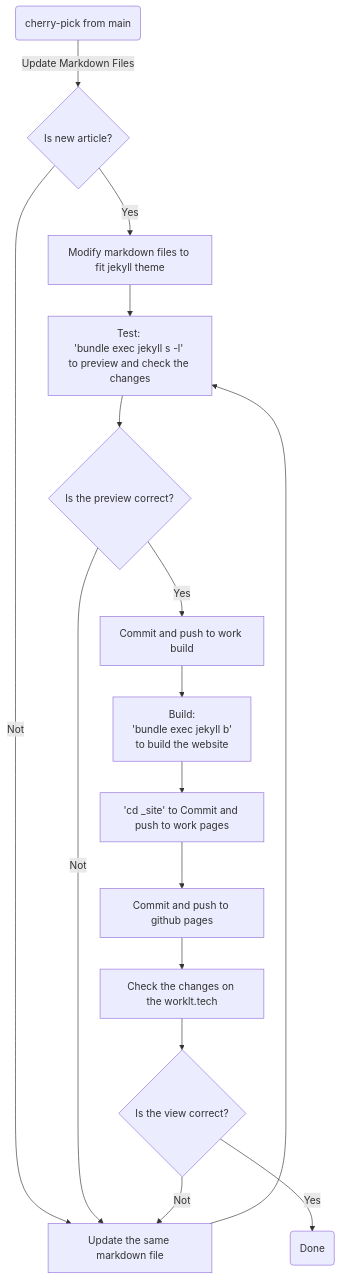
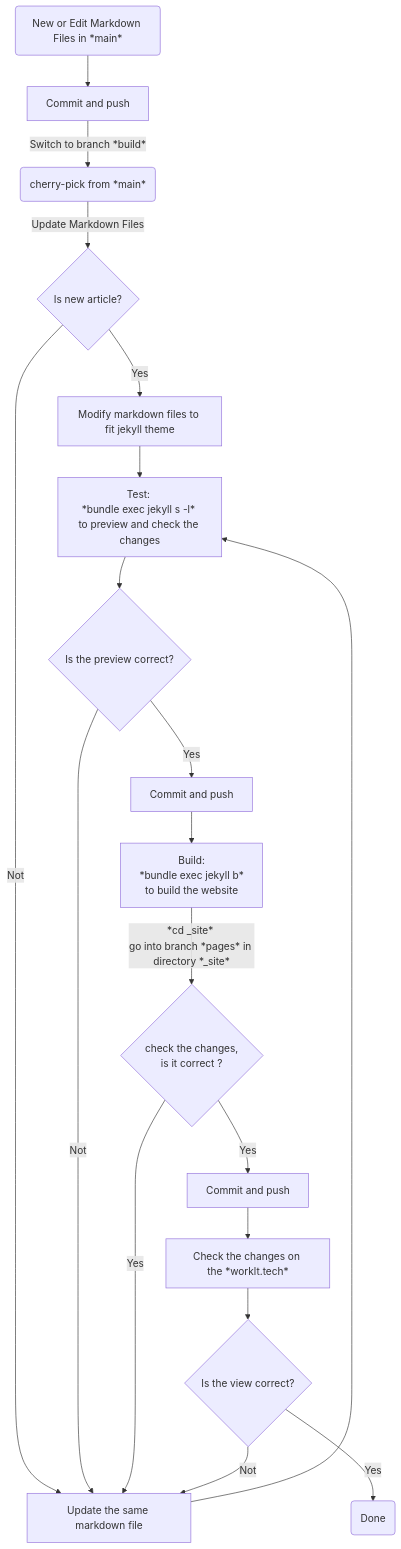
Before and after one commit to lustti/lustti.github.io: the diagram in README.md, drawn with Mermaid. The commit also changed other lines of this file, not shown here.

Commit message:
docs: update content of README

````diff
--- a/README.md
+++ b/README.md
@@ -8,22 +11,25 @@
 ```mermaid
 ---
 config:
   maxHeight: 100%
 ---
 flowchart TD
-    A(cherry-pick from main) -->|Update Markdown Files| B{Is new article?}
-    B -->|Yes| C[Modify markdown files to fit jekyll theme]
-    B -->|Not| D[Update the same markdown file]
-    C --> E
-    D --> E[Test: <br>'bundle exec jekyll s -l' <br>to preview and check the changes]
-    E --> F{Is the preview correct?}
-    F -->|Yes| G[Commit and push to work build]
-    F -->|Not| D
-    G --> I[Build: <br>'bundle exec jekyll b' <br>to build the website]
-    I --> J['cd _site' to Commit and push to work pages]
-    J --> K[Commit and push to github pages]
-    K --> L[Check the changes on the worklt.tech]
-    L --> M{Is the view correct?}
-    M -->|Not| D
-    M -->|Yes| N(Done)
+    Main-1(New or Edit Markdown Files in *main*)-->Main-2[Commit and push]
+    Main-2-->|Switch to branch *build*| Build-1(cherry-pick from *main*)
+    Build-1 -->|Update Markdown Files| Build-2{Is new article?}
+    Build-2 -->|Yes| Build-3[Modify markdown files to fit jekyll theme]
+    Build-2 -->|Not| Build-4[Update the same markdown file]
+    Build-3 --> Build-5
+    Build-4 --> Build-5[Test: <br>*bundle exec jekyll s -l* <br>to preview and check the changes]
+    Build-5 --> Build-6{Is the preview correct?}
+    Build-6 -->|Yes| Build-7[Commit and push]
+    Build-6 -->|Not| Build-4
+    Build-7 --> Build-8[Build: <br>*bundle exec jekyll b* <br>to build the website]
+    Build-8 --> |*cd _site* <br>go into branch *pages* in directory *_site*| Pages-1{check the changes, <br>is it correct ?}
+    Pages-1 --> |Yes| Build-4
+    Pages-1 --> |Yes| Pages-2[Commit and push]
+    Pages-2 --> Pages-3[Check the changes on the *worklt.tech*]
+    Pages-3 --> Pages-4{Is the view correct?}
+    Pages-4 -->|Not| Build-4
+    Pages-4 -->|Yes| N(Done)
 ```
````
